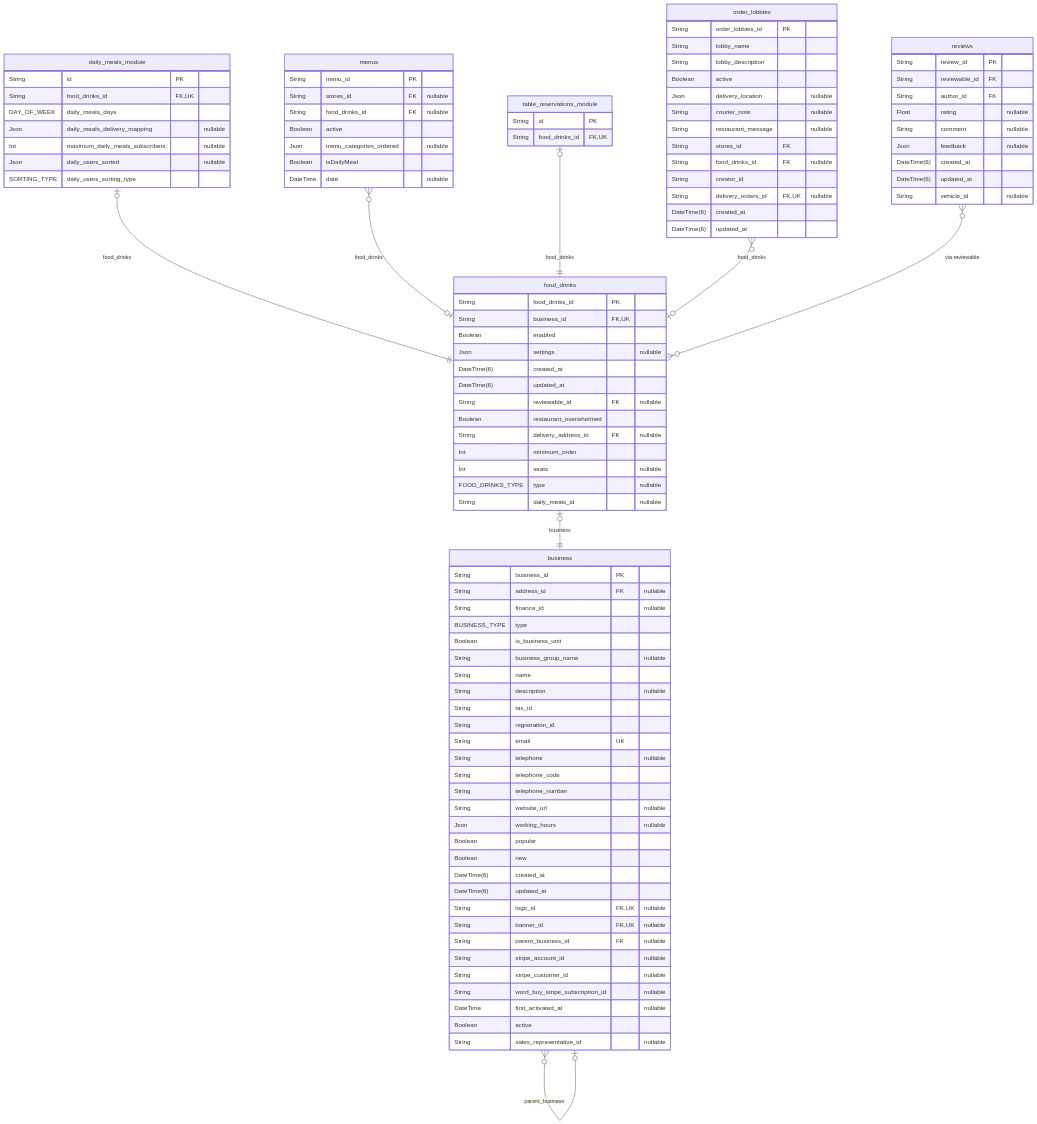
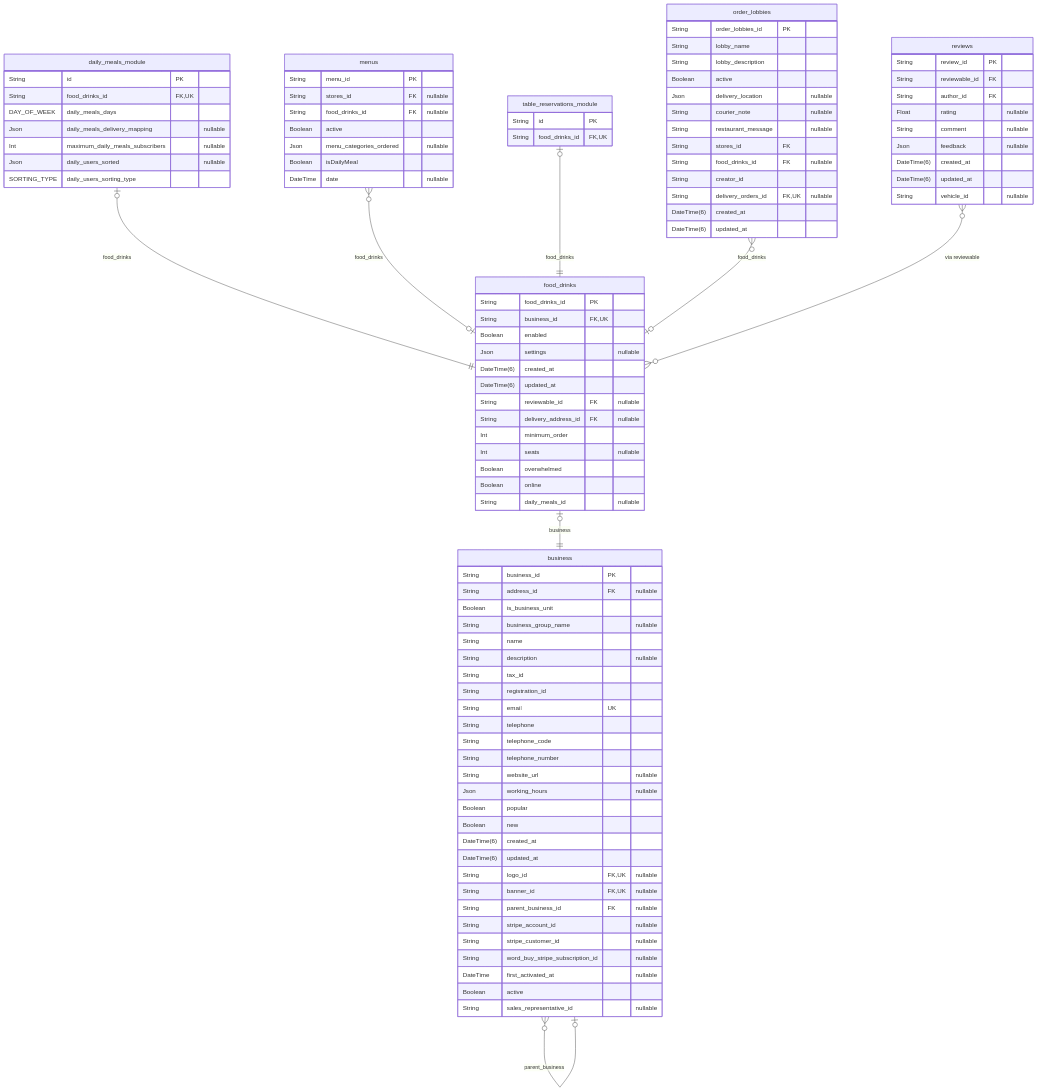
One commit to pbozic/be-analyisis changed diagram 21 of 39 in prisma/schemas/ERD.md. Above: the diagram before and after it, drawn with Mermaid. The commit also changed other lines of this file and 4 other files, not shown here.

```diff
--- a/prisma/schemas/ERD.md
+++ b/prisma/schemas/ERD.md
@@ -3391,18 +3394,16 @@
   DateTime(6) created_at
   DateTime(6) updated_at
   String reviewable_id FK "nullable"
-  Boolean restaurant_overwhelmed
   String delivery_address_id FK "nullable"
   Int minimum_order
   Int seats "nullable"
-  FOOD_DRINKS_TYPE type "nullable"
+  Boolean overwhelmed
+  Boolean online
   String daily_meals_id "nullable"
 }
 "business" {
   String business_id PK
   String address_id FK "nullable"
-  String finance_id "nullable"
-  BUSINESS_TYPE type
   Boolean is_business_unit
   String business_group_name "nullable"
   String name
@@ -3410,7 +3411,7 @@
   String tax_id
   String registration_id
   String email UK
-  String telephone "nullable"
+  String telephone
   String telephone_code
   String telephone_number
   String website_url "nullable"
```
